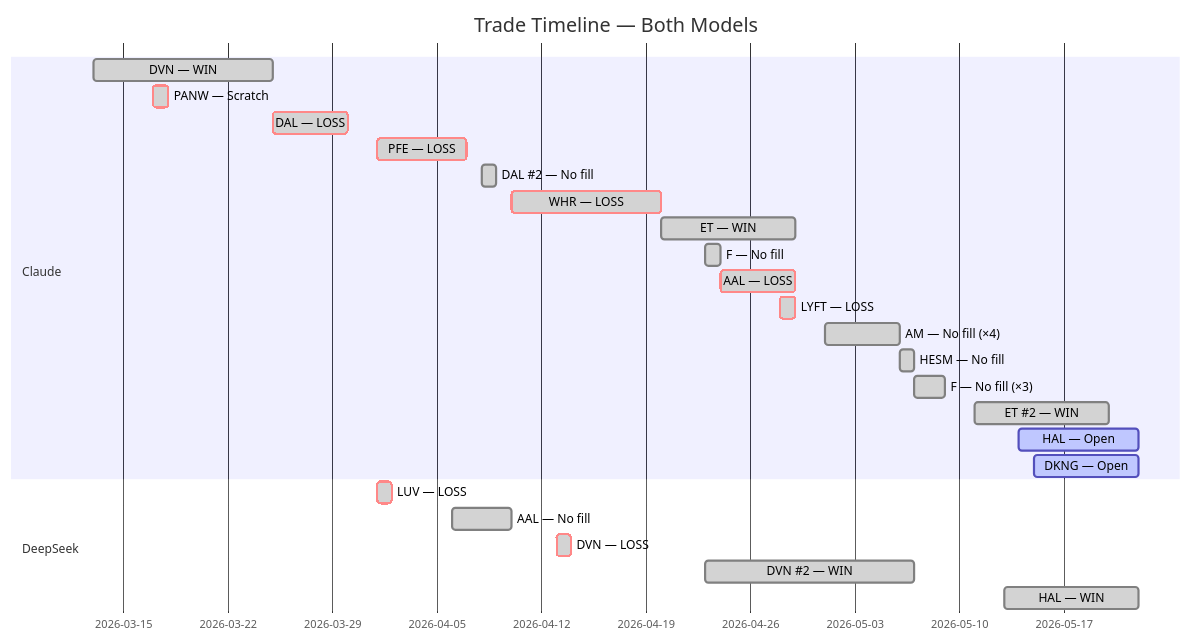
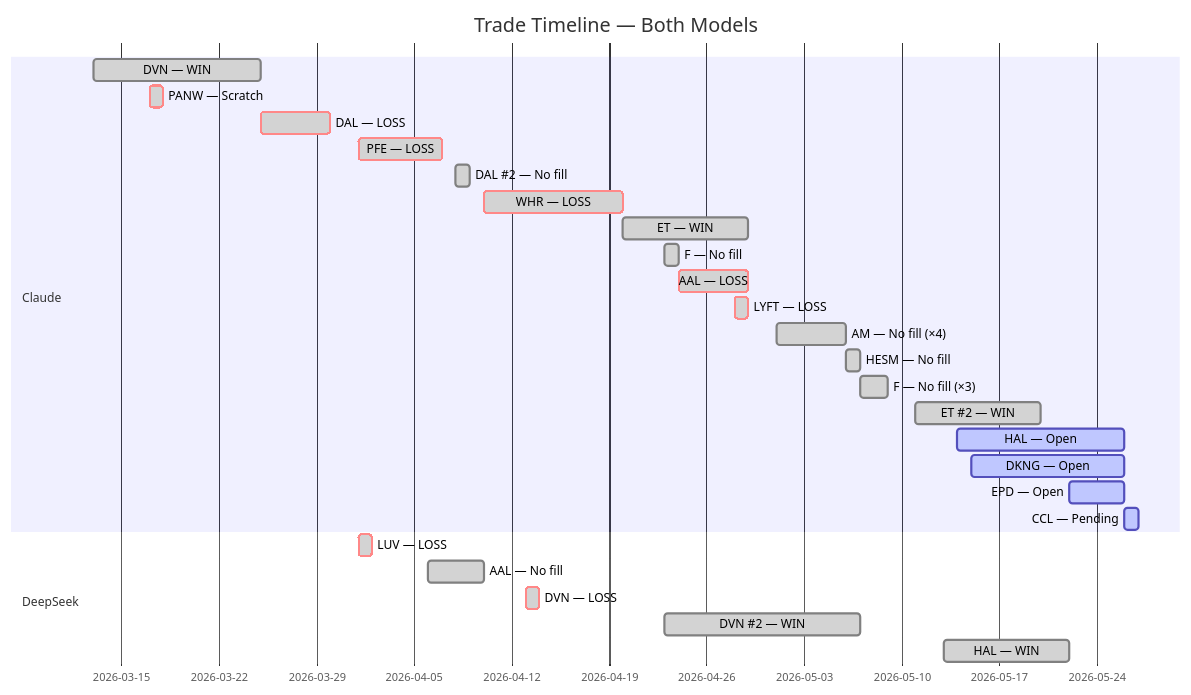
Before and after one commit to zachisit/ai-auto-buy-thesis: the fifth of 5 diagrams in README.md, drawn with Mermaid. The commit also changed other lines of this file and 2 other files, not shown here.

````diff
--- a/README.md
+++ b/README.md
@@ -63,28 +63,30 @@
 ```mermaid
 gantt
     title Trade Timeline — Both Models
     dateFormat YYYY-MM-DD
     section Claude
     DVN — WIN            :done,    2026-03-13, 2026-03-25
     PANW — Scratch       :crit, done, 2026-03-17, 2026-03-18
     DAL — LOSS           :crit, done, 2026-03-25, 2026-03-30
     PFE — LOSS           :crit, done, 2026-04-01, 2026-04-07
     DAL #2 — No fill     :done,    2026-04-08, 2026-04-09
     WHR — LOSS           :crit, done, 2026-04-10, 2026-04-20
     ET — WIN             :done,    2026-04-20, 2026-04-29
     F — No fill          :done,    2026-04-23, 2026-04-24
     AAL — LOSS           :crit, done, 2026-04-24, 2026-04-29
     LYFT — LOSS          :crit, done, 2026-04-28, 2026-04-29
     AM — No fill (×4)    :done,    2026-05-01, 2026-05-06
     HESM — No fill       :done,    2026-05-06, 2026-05-07
     F — No fill (×3)     :done,    2026-05-07, 2026-05-09
     ET #2 — WIN          :done,    2026-05-11, 2026-05-20
-    HAL — Open           :active,  2026-05-14, 2026-05-22
-    DKNG — Open          :active,  2026-05-15, 2026-05-22
+    HAL — Open           :active,  2026-05-14, 2026-05-26
+    DKNG — Open          :active,  2026-05-15, 2026-05-26
+    EPD — Open           :active,  2026-05-22, 2026-05-26
+    CCL — Pending        :active,  2026-05-26, 2026-05-27
     section DeepSeek
     LUV — LOSS           :crit, done, 2026-04-01, 2026-04-02
     AAL — No fill        :done,    2026-04-06, 2026-04-10
     DVN — LOSS           :crit, done, 2026-04-13, 2026-04-14
     DVN #2 — WIN         :done,    2026-04-23, 2026-05-07
     HAL — WIN            :done,    2026-05-13, 2026-05-22
 ```
````
